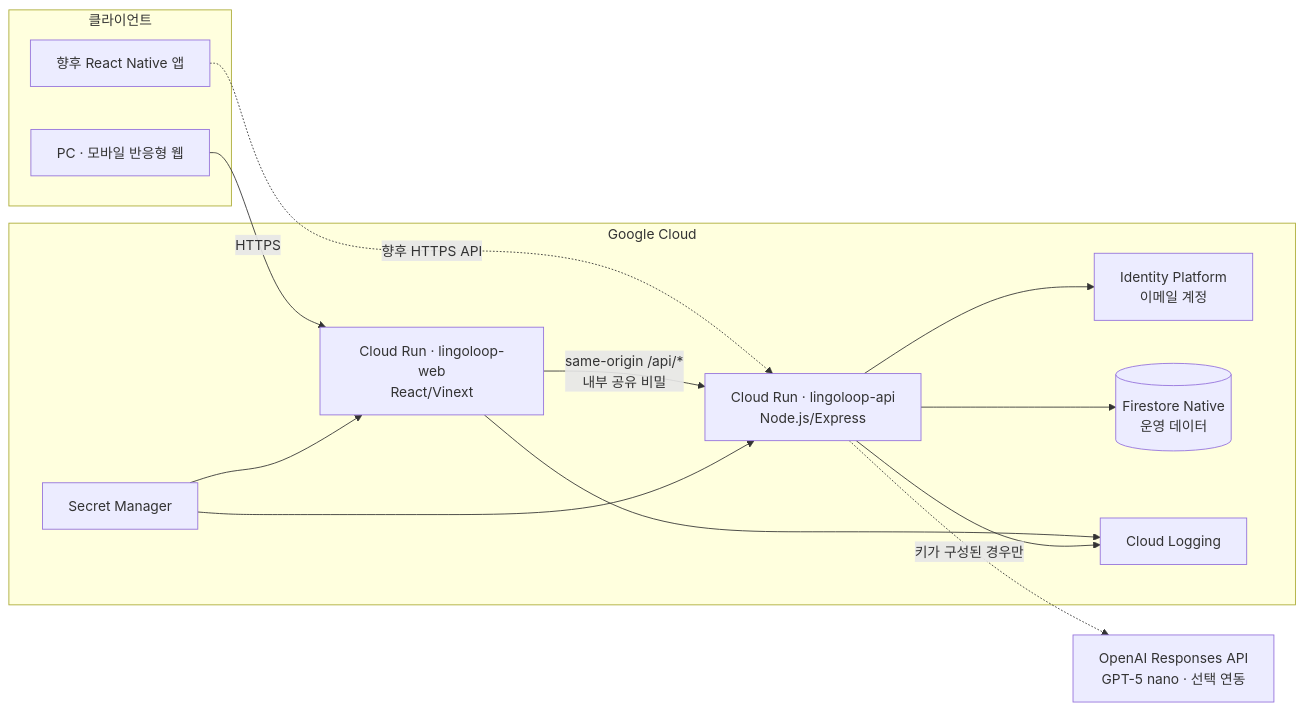
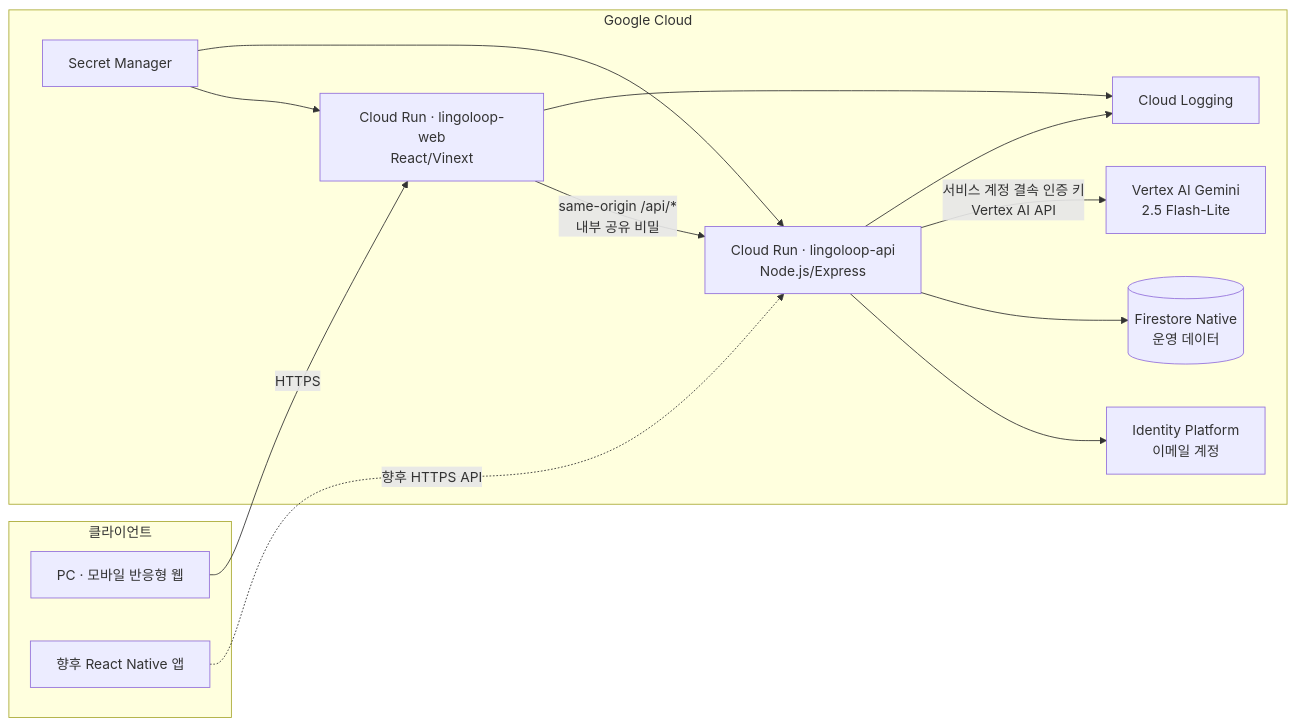
One commit to Docile1115/lingoloop-web-mock changed the diagram in README.md. Above: the diagram before and after it, drawn with Mermaid. The commit also changed other lines of this file and 8 other files, not shown here.

Commit message:
Integrate Vertex Gemini AI features

````diff
--- a/README.md
+++ b/README.md
@@ -54,29 +54,28 @@
 ```mermaid
 flowchart LR
     subgraph Clients["클라이언트"]
         Web["PC · 모바일 반응형 웹"]
         Native["향후 React Native 앱"]
     end
 
     subgraph GCP["Google Cloud"]
         WebRun["Cloud Run · lingoloop-web\nReact/Vinext"]
         ApiRun["Cloud Run · lingoloop-api\nNode.js/Express"]
         Identity["Identity Platform\n이메일 계정"]
         Firestore[("Firestore Native\n운영 데이터")]
+        Gemini["Vertex AI Gemini\n2.5 Flash-Lite"]
         Secrets["Secret Manager"]
         Logs["Cloud Logging"]
     end
-
-    OpenAI["OpenAI Responses API\nGPT-5 nano · 선택 연동"]
 
     Web -->|"HTTPS"| WebRun
     Native -.->|"향후 HTTPS API"| ApiRun
     WebRun -->|"same-origin /api/*\n내부 공유 비밀"| ApiRun
     ApiRun --> Identity
     ApiRun --> Firestore
-    ApiRun -.->|"키가 구성된 경우만"| OpenAI
+    ApiRun -->|"서비스 계정 결속 인증 키\nVertex AI API"| Gemini
     Secrets --> WebRun
     Secrets --> ApiRun
     WebRun --> Logs
     ApiRun --> Logs
 ```
````
